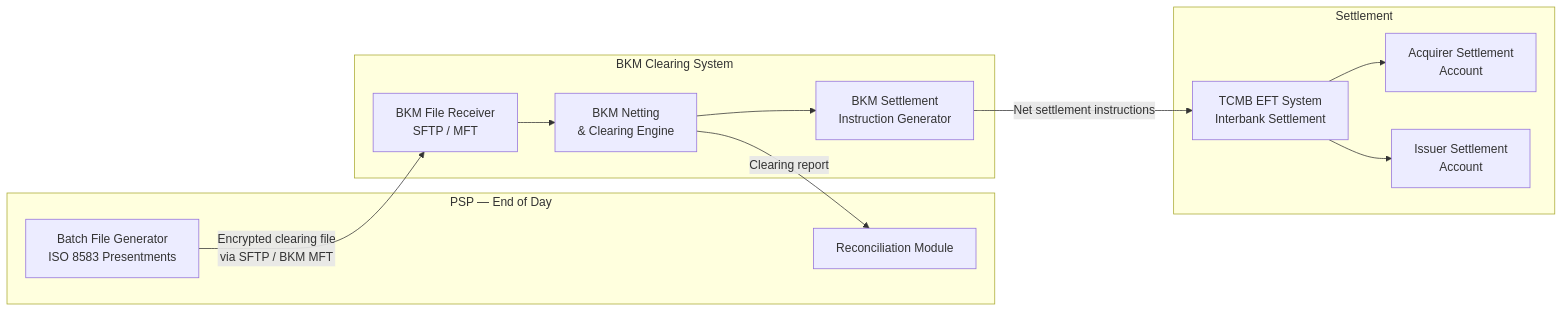
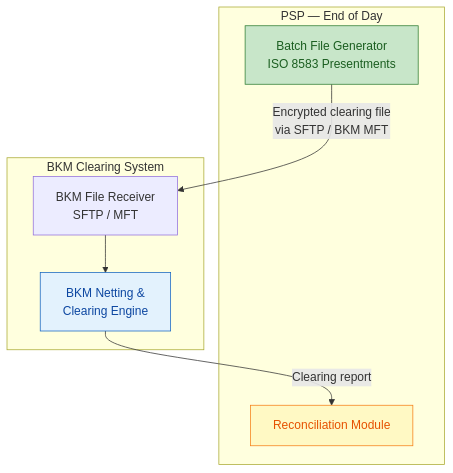
The seventh of 35 diagrams in architecture-general/09-industry-specialized-architectures/9.1.1-financial-services-architecture/9.1.1.4-turkish-payment-system-architecture.md (gurkanindibay/azure_learning), drawn with Mermaid before and after one commit. The commit also changed other lines of this file, not shown here.

Commit message:
Reevaluated stripe payment system  document

````diff
--- a/architecture-general/09-industry-specialized-architectures/9.1.1-financial-services-architecture/9.1.1.4-turkish-payment-system-architecture.md
+++ b/architecture-general/09-industry-specialized-architectures/9.1.1-financial-services-architecture/9.1.1.4-turkish-payment-system-architecture.md
@@ -328,27 +403,20 @@
 ```mermaid
-flowchart LR
-    subgraph "PSP — End of Day"
-        BATCH[Batch File Generator\nISO 8583 Presentments]
+flowchart TB
+    subgraph PSP["PSP — End of Day"]
+        BATCH[Batch File Generator<br/>ISO 8583 Presentments]
         RECON_MOD[Reconciliation Module]
     end
 
-    subgraph "BKM Clearing System"
-        BKM_CLR_R[BKM File Receiver\nSFTP / MFT]
-        BKM_NET[BKM Netting\n& Clearing Engine]
-        BKM_SETTLE[BKM Settlement\nInstruction Generator]
+    subgraph BKM_SYS["BKM Clearing System"]
+        BKM_CLR_R[BKM File Receiver<br/>SFTP / MFT]
+        BKM_NET[BKM Netting &<br/>Clearing Engine]
     end
 
-    subgraph "Settlement"
-        TCMB_EFT[TCMB EFT System\nInterbank Settlement]
-        ACQ_BANK_ACC[Acquirer Settlement\nAccount]
-        ISS_BANK_ACC[Issuer Settlement\nAccount]
-    end
+    BATCH -->|"Encrypted clearing file<br/>via SFTP / BKM MFT"| BKM_CLR_R
+    BKM_CLR_R --> BKM_NET
+    BKM_NET -->|"Clearing report"| RECON_MOD
 
-    BATCH -->|Encrypted clearing file\nvia SFTP / BKM MFT| BKM_CLR_R
-    BKM_CLR_R --> BKM_NET
-    BKM_NET --> BKM_SETTLE
-    BKM_SETTLE -->|Net settlement instructions| TCMB_EFT
-    TCMB_EFT --> ACQ_BANK_ACC
-    TCMB_EFT --> ISS_BANK_ACC
-    BKM_NET -->|Clearing report| RECON_MOD
+    style BATCH fill:#c8e6c9,stroke:#2e7d32,color:#1b5e20
+    style BKM_NET fill:#e3f2fd,stroke:#1565c0,color:#0d47a1
+    style RECON_MOD fill:#fff9c4,stroke:#f57f17,color:#e65100
 ```
````
